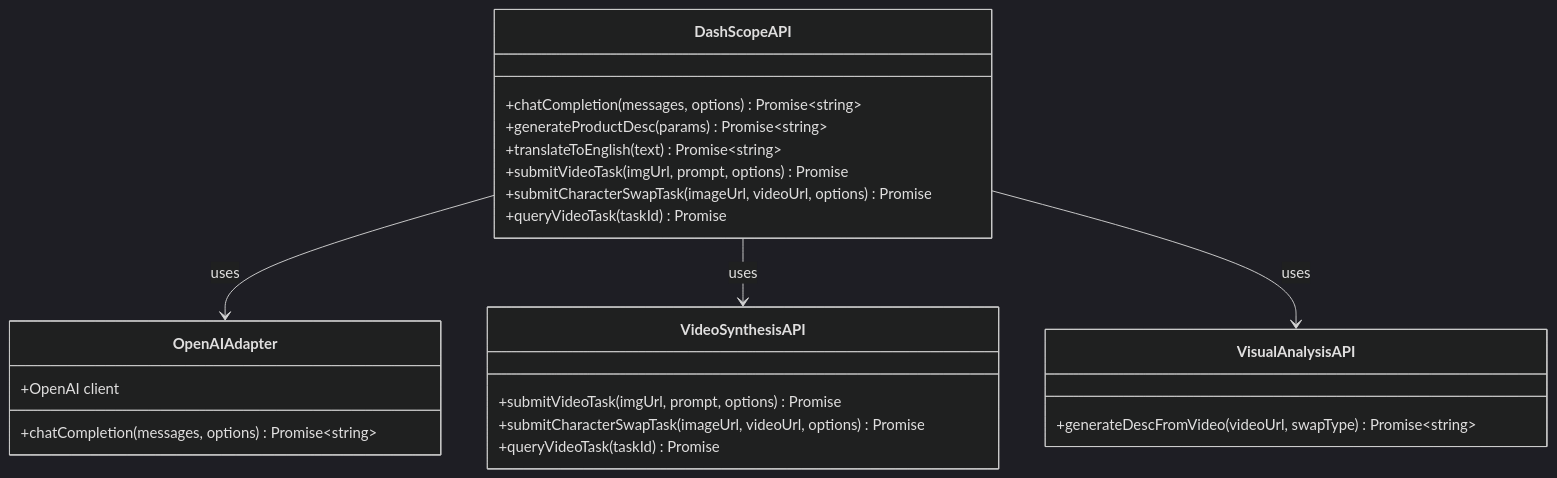
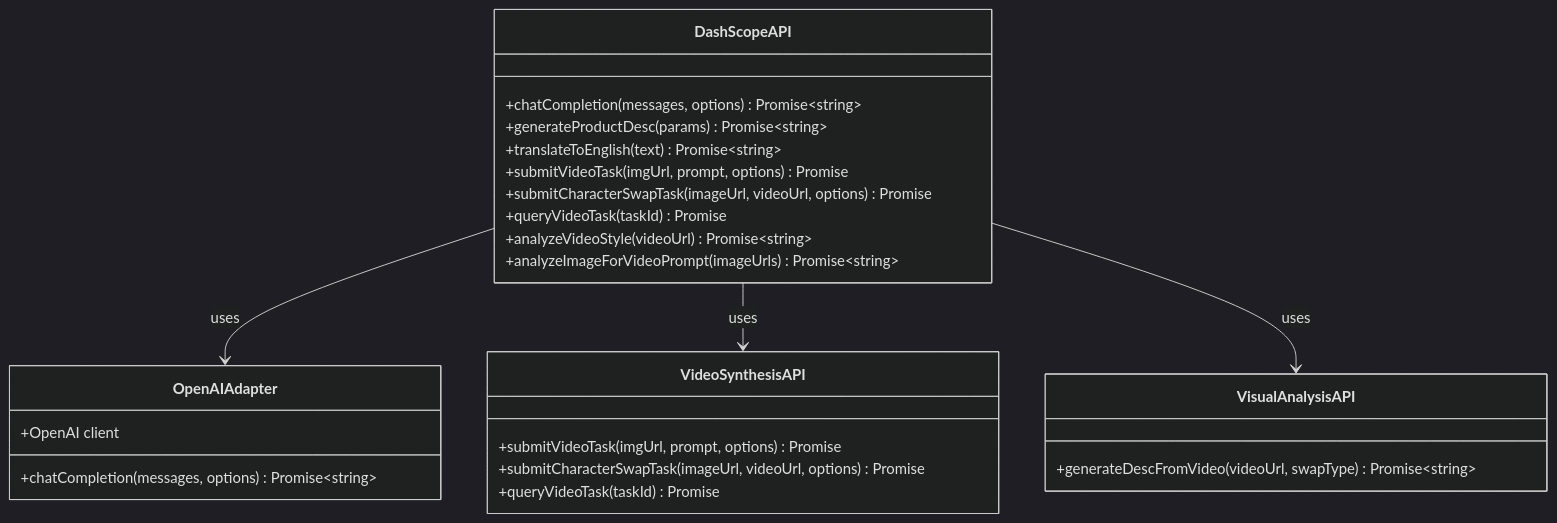
The third of 11 diagrams in .qoder/repowiki/zh/content/Video Generation Pipeline.md (zuozuoliu740-cmd/xianxiong-news), drawn with Mermaid (dark theme) before and after one commit. The commit also changed other lines of this file and 20 other files, not shown here.

````diff
--- a/.qoder/repowiki/zh/content/Video Generation Pipeline.md
+++ b/.qoder/repowiki/zh/content/Video Generation Pipeline.md
@@ -147,26 +151,28 @@
 ```mermaid
 classDiagram
 class DashScopeAPI {
 +chatCompletion(messages, options) Promise~string~
 +generateProductDesc(params) Promise~string~
 +translateToEnglish(text) Promise~string~
 +submitVideoTask(imgUrl, prompt, options) Promise
 +submitCharacterSwapTask(imageUrl, videoUrl, options) Promise
 +queryVideoTask(taskId) Promise
++analyzeVideoStyle(videoUrl) Promise~string~
++analyzeImageForVideoPrompt(imageUrls) Promise~string~
 }
 class OpenAIAdapter {
 +OpenAI client
 +chatCompletion(messages, options) Promise~string~
 }
 class VideoSynthesisAPI {
 +submitVideoTask(imgUrl, prompt, options) Promise
 +submitCharacterSwapTask(imageUrl, videoUrl, options) Promise
 +queryVideoTask(taskId) Promise
 }
 class VisualAnalysisAPI {
 +generateDescFromVideo(videoUrl, swapType) Promise~string~
 }
 DashScopeAPI --> OpenAIAdapter : uses
 DashScopeAPI --> VideoSynthesisAPI : uses
 DashScopeAPI --> VisualAnalysisAPI : uses
 ```
````
